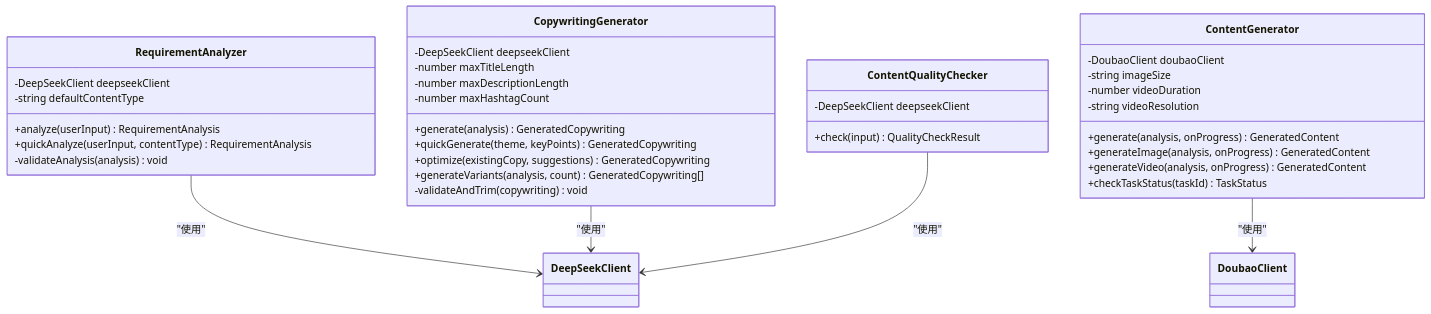
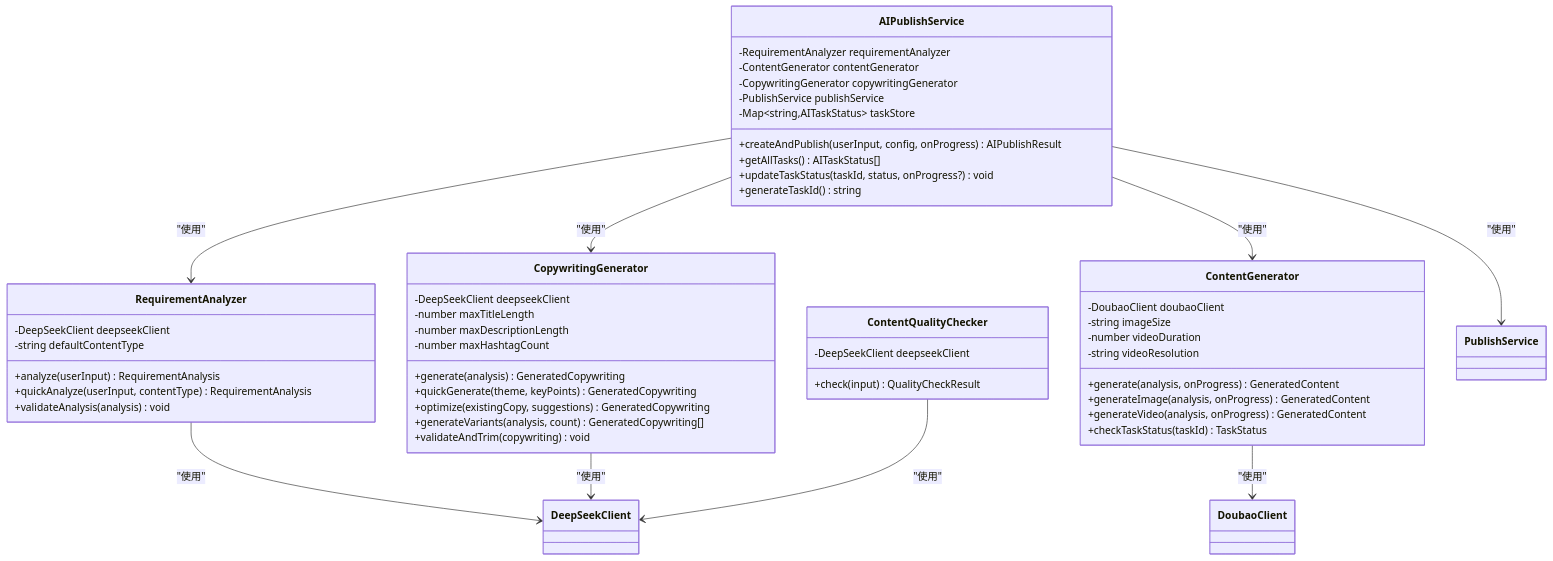
The fourth of 20 diagrams in .qoder/repowiki/zh/content/核心模块详解/Web界面系统/AI创作页面.md (songdiyang/clawOperations), drawn with Mermaid before and after one commit. The commit also changed other lines of this file and 10 other files, not shown here.

````diff
--- a/.qoder/repowiki/zh/content/核心模块详解/Web界面系统/AI创作页面.md
+++ b/.qoder/repowiki/zh/content/核心模块详解/Web界面系统/AI创作页面.md
@@ -270,39 +305,54 @@
 ```mermaid
 classDiagram
 class RequirementAnalyzer {
 -DeepSeekClient deepseekClient
 -string defaultContentType
 +analyze(userInput) RequirementAnalysis
 +quickAnalyze(userInput, contentType) RequirementAnalysis
--validateAnalysis(analysis) void
++validateAnalysis(analysis) void
 }
 class ContentGenerator {
 -DoubaoClient doubaoClient
 -string imageSize
 -number videoDuration
 -string videoResolution
 +generate(analysis, onProgress) GeneratedContent
 +generateImage(analysis, onProgress) GeneratedContent
 +generateVideo(analysis, onProgress) GeneratedContent
 +checkTaskStatus(taskId) TaskStatus
 }
 class CopywritingGenerator {
 -DeepSeekClient deepseekClient
 -number maxTitleLength
 -number maxDescriptionLength
 -number maxHashtagCount
 +generate(analysis) GeneratedCopywriting
 +quickGenerate(theme, keyPoints) GeneratedCopywriting
 +optimize(existingCopy, suggestions) GeneratedCopywriting
 +generateVariants(analysis, count) GeneratedCopywriting[]
--validateAndTrim(copywriting) void
++validateAndTrim(copywriting) void
 }
 class ContentQualityChecker {
 -DeepSeekClient deepseekClient
 +check(input) QualityCheckResult
 }
+class AIPublishService {
+-RequirementAnalyzer requirementAnalyzer
+-ContentGenerator contentGenerator
+-CopywritingGenerator copywritingGenerator
+-PublishService publishService
+-Map~string,AITaskStatus~ taskStore
++createAndPublish(userInput, config, onProgress) AIPublishResult
++getAllTasks() AITaskStatus[]
++updateTaskStatus(taskId, status, onProgress?) void
++generateTaskId() string
+}
 RequirementAnalyzer --> DeepSeekClient : "使用"
 ContentGenerator --> DoubaoClient : "使用"
 CopywritingGenerator --> DeepSeekClient : "使用"
 ContentQualityChecker --> DeepSeekClient : "使用"
+AIPublishService --> RequirementAnalyzer : "使用"
+AIPublishService --> ContentGenerator : "使用"
+AIPublishService --> CopywritingGenerator : "使用"
+AIPublishService --> PublishService : "使用"
 ```
````
